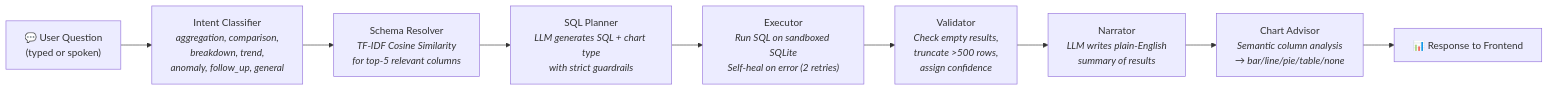
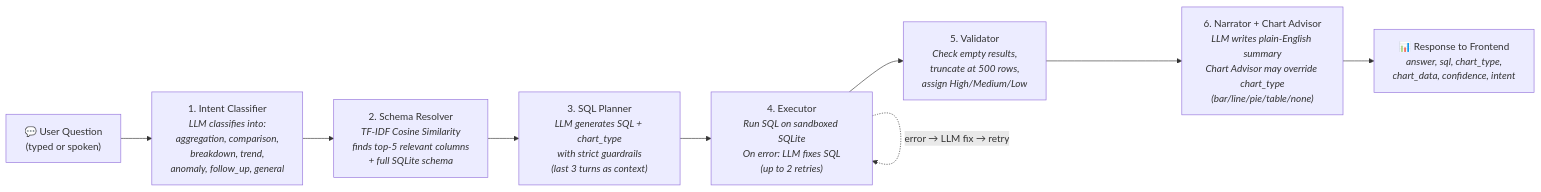
One commit to mrinank03/CodeForPurpose_Talk_To_Data changed the third of 4 diagrams in README.md. Above: the diagram before and after it, drawn with Mermaid. The commit also changed other lines of this file, not shown here.

````diff
--- a/README.md
+++ b/README.md
@@ -200,11 +206,11 @@
 ```mermaid
 flowchart LR
-    A["💬 User Question<br/>(typed or spoken)"] --> B["Intent Classifier<br/><i>aggregation, comparison,<br/>breakdown, trend,<br/>anomaly, follow_up, general</i>"]
-    B --> C["Schema Resolver<br/><i>TF-IDF Cosine Similarity<br/>for top-5 relevant columns</i>"]
-    C --> D["SQL Planner<br/><i>LLM generates SQL + chart type<br/>with strict guardrails</i>"]
-    D --> E["Executor<br/><i>Run SQL on sandboxed SQLite<br/>Self-heal on error (2 retries)</i>"]
-    E --> F["Validator<br/><i>Check empty results,<br/>truncate >500 rows,<br/>assign confidence</i>"]
-    F --> G["Narrator<br/><i>LLM writes plain-English<br/>summary of results</i>"]
-    G --> H["Chart Advisor<br/><i>Semantic column analysis<br/>→ bar/line/pie/table/none</i>"]
-    H --> I["📊 Response to Frontend"]
+    A["💬 User Question<br/>(typed or spoken)"] --> B["1. Intent Classifier<br/><i>LLM classifies into:<br/>aggregation, comparison,<br/>breakdown, trend,<br/>anomaly, follow_up, general</i>"]
+    B --> C["2. Schema Resolver<br/><i>TF-IDF Cosine Similarity<br/>finds top-5 relevant columns<br/>+ full SQLite schema</i>"]
+    C --> D["3. SQL Planner<br/><i>LLM generates SQL + chart_type<br/>with strict guardrails<br/>(last 3 turns as context)</i>"]
+    D --> E["4. Executor<br/><i>Run SQL on sandboxed SQLite<br/>On error: LLM fixes SQL<br/>(up to 2 retries)</i>"]
+    E -.->|"error → LLM fix → retry"| E
+    E --> F["5. Validator<br/><i>Check empty results,<br/>truncate at 500 rows,<br/>assign High/Medium/Low</i>"]
+    F --> G["6. Narrator + Chart Advisor<br/><i>LLM writes plain-English summary<br/>Chart Advisor may override chart_type<br/>(bar/line/pie/table/none)</i>"]
+    G --> H["📊 Response to Frontend<br/><i>answer, sql, chart_type,<br/>chart_data, confidence, intent</i>"]
 ```
````
